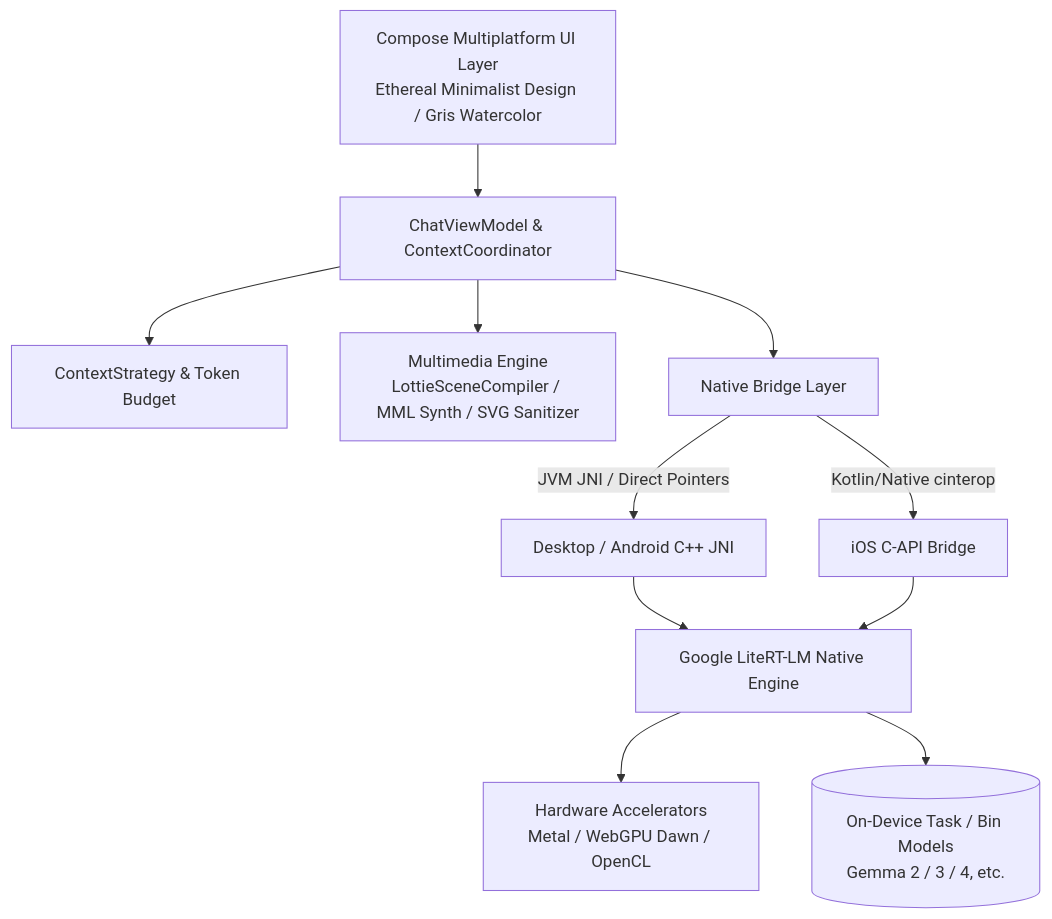
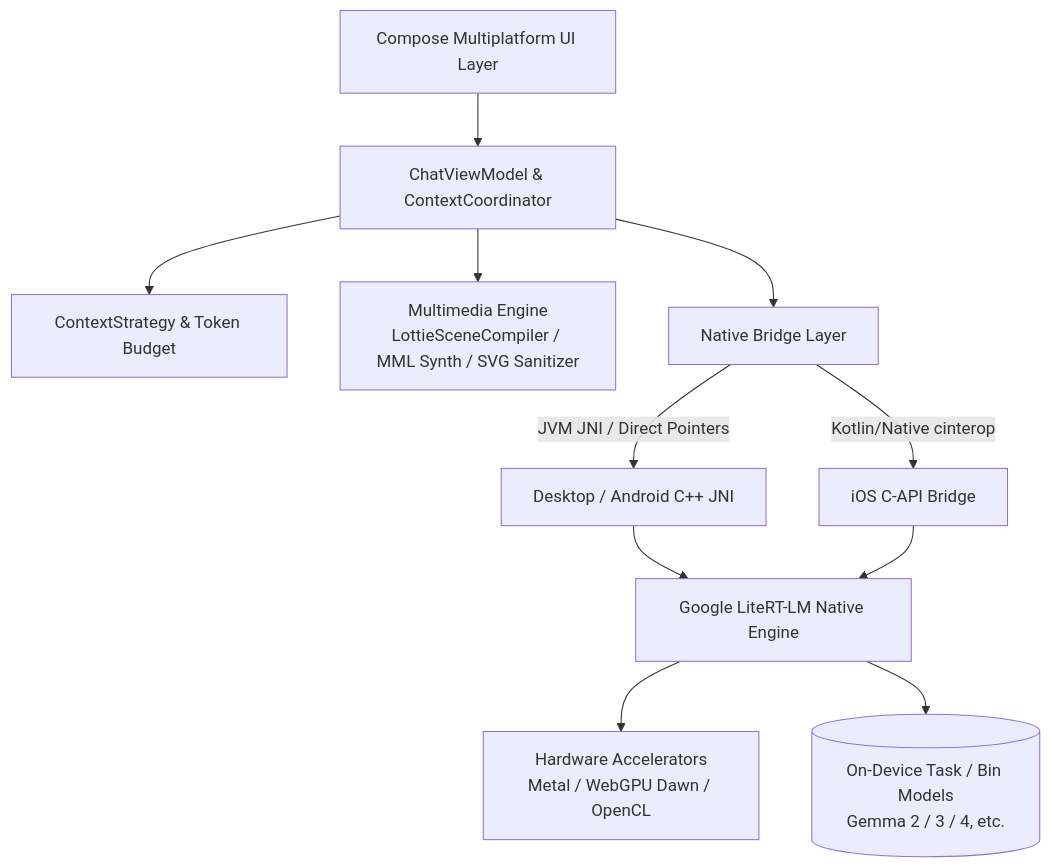
The diagram in README.md (Onion99/Agro), drawn with Mermaid before and after one commit.

Commit message:
docs: README.md

````diff
--- a/README.md
+++ b/README.md
@@ -87,16 +87,16 @@
 ```mermaid
 graph TD
-    UI[Compose Multiplatform UI Layer<br>Ethereal Minimalist Design / Gris Watercolor] --> VM[ChatViewModel & ContextCoordinator]
+    UI[Compose Multiplatform UI Layer] --> VM[ChatViewModel & ContextCoordinator]
     VM --> CS[ContextStrategy & Token Budget]
     VM --> Parser[Multimedia Engine<br>LottieSceneCompiler / MML Synth / SVG Sanitizer]
     
     VM --> Bridge[Native Bridge Layer]
     Bridge -->|JVM JNI / Direct Pointers| DesktopJNI[Desktop / Android C++ JNI]
     Bridge -->|Kotlin/Native cinterop| iOSCAPI[iOS C-API Bridge]
     
     DesktopJNI --> Engine[Google LiteRT-LM Native Engine]
     iOSCAPI --> Engine
     
     Engine --> Acc[Hardware Accelerators<br>Metal / WebGPU Dawn / OpenCL]
     Engine --> LocalModel[(On-Device Task / Bin Models<br>Gemma 2 / 3 / 4, etc.)]
 ```
````
